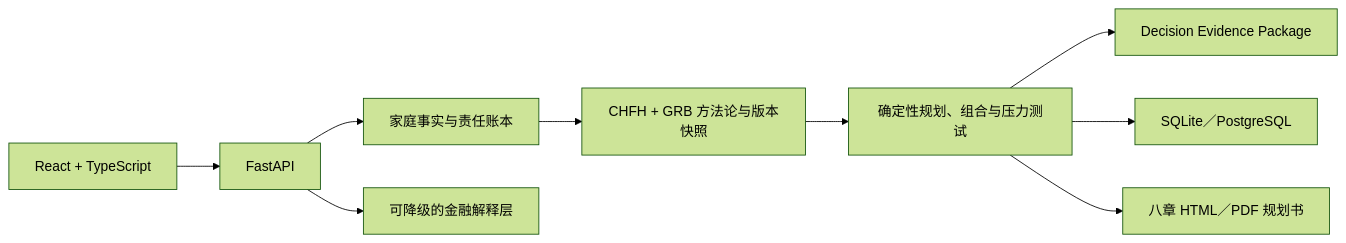
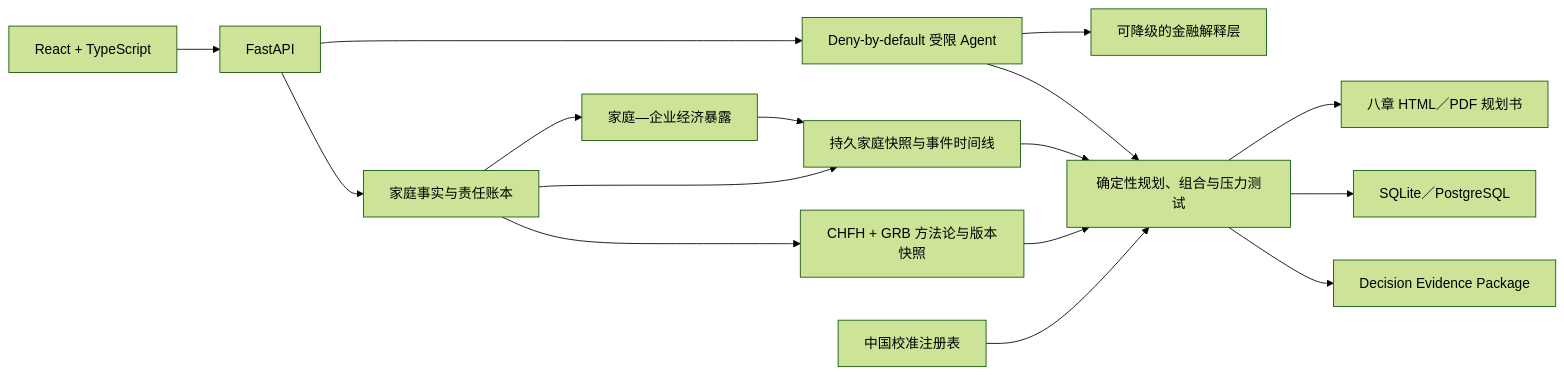
One commit to DengJunxian/Fortune-Copilot changed the diagram in README.md. Above: the diagram before and after it, drawn with Mermaid (forest theme). The commit also changed other lines of this file and 314 other files, not shown here.

````diff
--- a/README.md
+++ b/README.md
@@ -115,11 +198,18 @@
 ```mermaid
 flowchart LR
     WEB["React + TypeScript"] --> API["FastAPI"]
     API --> LEDGER["家庭事实与责任账本"]
     LEDGER --> METHOD["CHFH + GRB 方法论与版本快照"]
+    LEDGER --> TWIN["持久家庭快照与事件时间线"]
+    LEDGER --> ENTERPRISE["家庭—企业经济暴露"]
+    ENTERPRISE --> TWIN
     METHOD --> FIN["确定性规划、组合与压力测试"]
-    API --> LLM["可降级的金融解释层"]
+    TWIN --> FIN
+    API --> AGENTS["Deny-by-default 受限 Agent"]
+    AGENTS --> FIN
+    AGENTS --> LLM["可降级的金融解释层"]
+    CALIBRATION["中国校准注册表"] --> FIN
     FIN --> EVIDENCE["Decision Evidence Package"]
     FIN --> DB["SQLite／PostgreSQL"]
     FIN --> REPORT["八章 HTML／PDF 规划书"]
 ```
````
